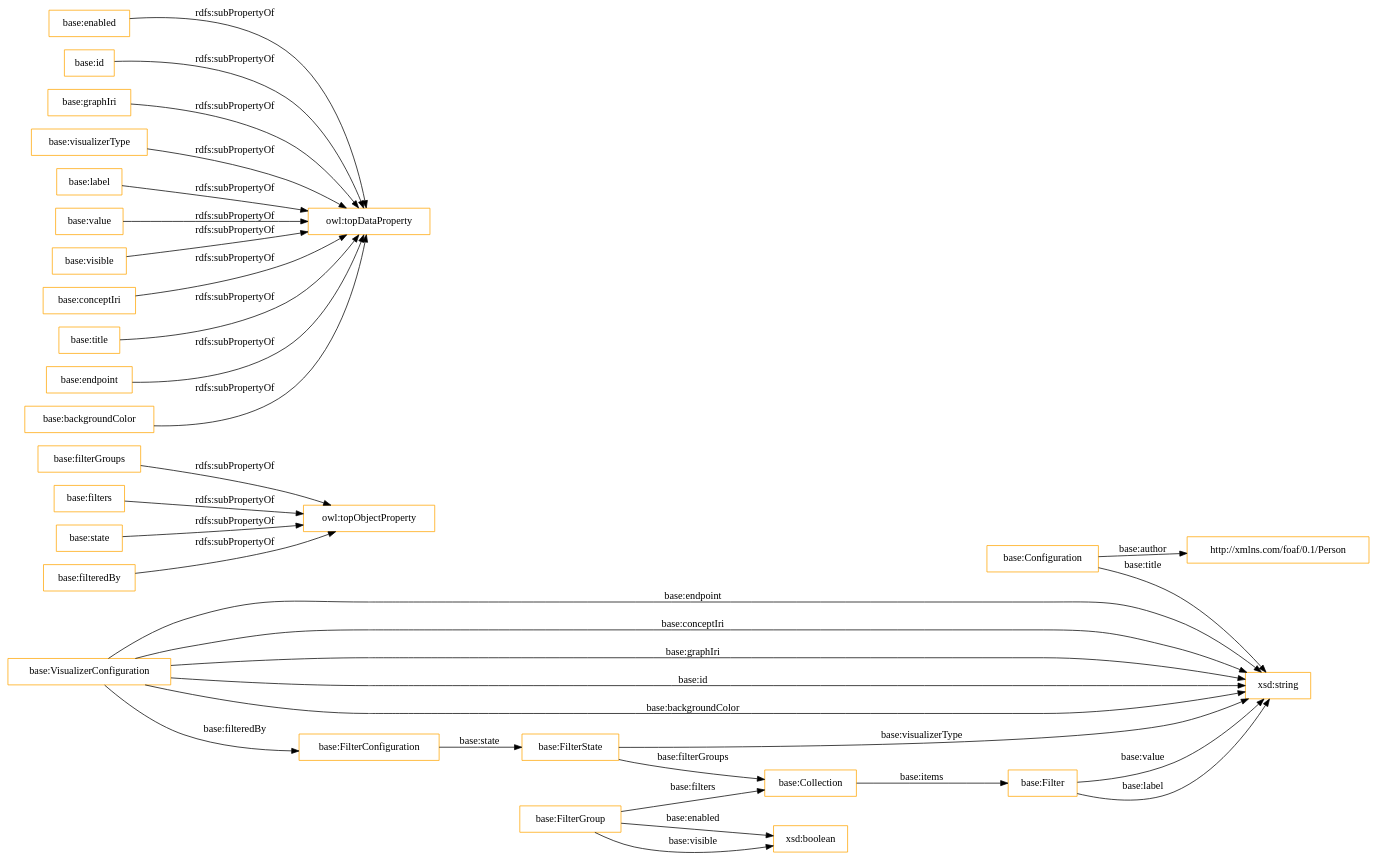
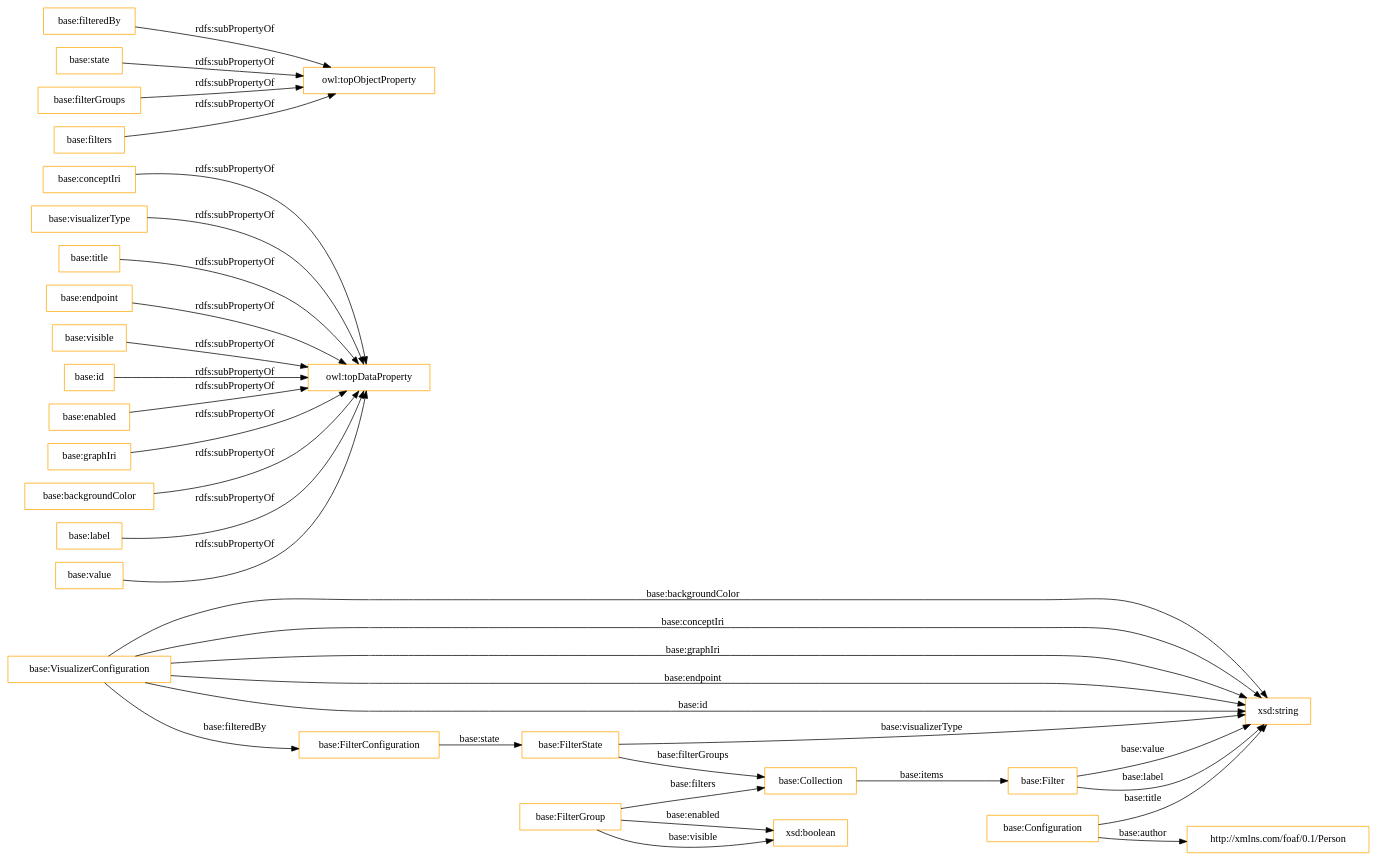
One commit to OnToologyUser/linkedpipes_applications_ontology changed the diagram in OnToology/lpapps.owl/diagrams/ar2dtool-class/lpapps.owl.png.dot. Above: the diagram before and after it, drawn with Graphviz. The commit also changed 13 other files, not shown here.

```diff
--- a/OnToology/lpapps.owl/diagrams/ar2dtool-class/lpapps.owl.png.dot
+++ b/OnToology/lpapps.owl/diagrams/ar2dtool-class/lpapps.owl.png.dot
@@ -1,38 +1,38 @@
 digraph ar2dtool_diagram { 
 rankdir=LR;
 size="1501"
-node [shape = rectangle, color="orange"]; "http://xmlns.com/foaf/0.1/Person" "base:VisualizerConfiguration" "base:FilterState" "base:FilterGroup" "base:FilterConfiguration" "base:Filter" "base:Configuration" "base:Collection" ; /*classes style*/
-	"base:filterGroups" -> "owl:topObjectProperty" [ label = "rdfs:subPropertyOf" ];
-	"base:enabled" -> "owl:topDataProperty" [ label = "rdfs:subPropertyOf" ];
-	"base:id" -> "owl:topDataProperty" [ label = "rdfs:subPropertyOf" ];
-	"base:graphIri" -> "owl:topDataProperty" [ label = "rdfs:subPropertyOf" ];
+node [shape = rectangle, color="orange"]; "base:VisualizerConfiguration" "base:FilterState" "base:FilterGroup" "base:FilterConfiguration" "base:Filter" "base:Configuration" "base:Collection" "http://xmlns.com/foaf/0.1/Person" ; /*classes style*/
+	"base:conceptIri" -> "owl:topDataProperty" [ label = "rdfs:subPropertyOf" ];
 	"base:visualizerType" -> "owl:topDataProperty" [ label = "rdfs:subPropertyOf" ];
-	"base:label" -> "owl:topDataProperty" [ label = "rdfs:subPropertyOf" ];
-	"base:filters" -> "owl:topObjectProperty" [ label = "rdfs:subPropertyOf" ];
-	"base:value" -> "owl:topDataProperty" [ label = "rdfs:subPropertyOf" ];
-	"base:visible" -> "owl:topDataProperty" [ label = "rdfs:subPropertyOf" ];
-	"base:conceptIri" -> "owl:topDataProperty" [ label = "rdfs:subPropertyOf" ];
 	"base:title" -> "owl:topDataProperty" [ label = "rdfs:subPropertyOf" ];
 	"base:endpoint" -> "owl:topDataProperty" [ label = "rdfs:subPropertyOf" ];
+	"base:filteredBy" -> "owl:topObjectProperty" [ label = "rdfs:subPropertyOf" ];
+	"base:visible" -> "owl:topDataProperty" [ label = "rdfs:subPropertyOf" ];
 	"base:state" -> "owl:topObjectProperty" [ label = "rdfs:subPropertyOf" ];
-	"base:filteredBy" -> "owl:topObjectProperty" [ label = "rdfs:subPropertyOf" ];
+	"base:id" -> "owl:topDataProperty" [ label = "rdfs:subPropertyOf" ];
+	"base:enabled" -> "owl:topDataProperty" [ label = "rdfs:subPropertyOf" ];
+	"base:filterGroups" -> "owl:topObjectProperty" [ label = "rdfs:subPropertyOf" ];
+	"base:graphIri" -> "owl:topDataProperty" [ label = "rdfs:subPropertyOf" ];
+	"base:filters" -> "owl:topObjectProperty" [ label = "rdfs:subPropertyOf" ];
 	"base:backgroundColor" -> "owl:topDataProperty" [ label = "rdfs:subPropertyOf" ];
+	"base:label" -> "owl:topDataProperty" [ label = "rdfs:subPropertyOf" ];
+	"base:value" -> "owl:topDataProperty" [ label = "rdfs:subPropertyOf" ];
+	"base:FilterConfiguration" -> "base:FilterState" [ label = "base:state" ];
+	"base:VisualizerConfiguration" -> "base:FilterConfiguration" [ label = "base:filteredBy" ];
+	"base:Configuration" -> "xsd:string" [ label = "base:title" ];
+	"base:VisualizerConfiguration" -> "xsd:string" [ label = "base:backgroundColor" ];
+	"base:Filter" -> "xsd:string" [ label = "base:value" ];
+	"base:Collection" -> "base:Filter" [ label = "base:items" ];
+	"base:FilterState" -> "base:Collection" [ label = "base:filterGroups" ];
+	"base:VisualizerConfiguration" -> "xsd:string" [ label = "base:conceptIri" ];
 	"base:FilterGroup" -> "xsd:boolean" [ label = "base:enabled" ];
+	"base:VisualizerConfiguration" -> "xsd:string" [ label = "base:graphIri" ];
 	"base:FilterState" -> "xsd:string" [ label = "base:visualizerType" ];
+	"base:Filter" -> "xsd:string" [ label = "base:label" ];
 	"base:VisualizerConfiguration" -> "xsd:string" [ label = "base:endpoint" ];
-	"base:Filter" -> "xsd:string" [ label = "base:value" ];
-	"base:Configuration" -> "xsd:string" [ label = "base:title" ];
-	"base:VisualizerConfiguration" -> "xsd:string" [ label = "base:conceptIri" ];
-	"base:VisualizerConfiguration" -> "xsd:string" [ label = "base:graphIri" ];
-	"base:FilterConfiguration" -> "base:FilterState" [ label = "base:state" ];
-	"base:Collection" -> "base:Filter" [ label = "base:items" ];
+	"base:VisualizerConfiguration" -> "xsd:string" [ label = "base:id" ];
 	"base:FilterGroup" -> "base:Collection" [ label = "base:filters" ];
-	"base:VisualizerConfiguration" -> "xsd:string" [ label = "base:id" ];
-	"base:FilterState" -> "base:Collection" [ label = "base:filterGroups" ];
-	"base:Filter" -> "xsd:string" [ label = "base:label" ];
+	"base:Configuration" -> "http://xmlns.com/foaf/0.1/Person" [ label = "base:author" ];
 	"base:FilterGroup" -> "xsd:boolean" [ label = "base:visible" ];
-	"base:VisualizerConfiguration" -> "xsd:string" [ label = "base:backgroundColor" ];
-	"base:Configuration" -> "http://xmlns.com/foaf/0.1/Person" [ label = "base:author" ];
-	"base:VisualizerConfiguration" -> "base:FilterConfiguration" [ label = "base:filteredBy" ];
 
 }
```
